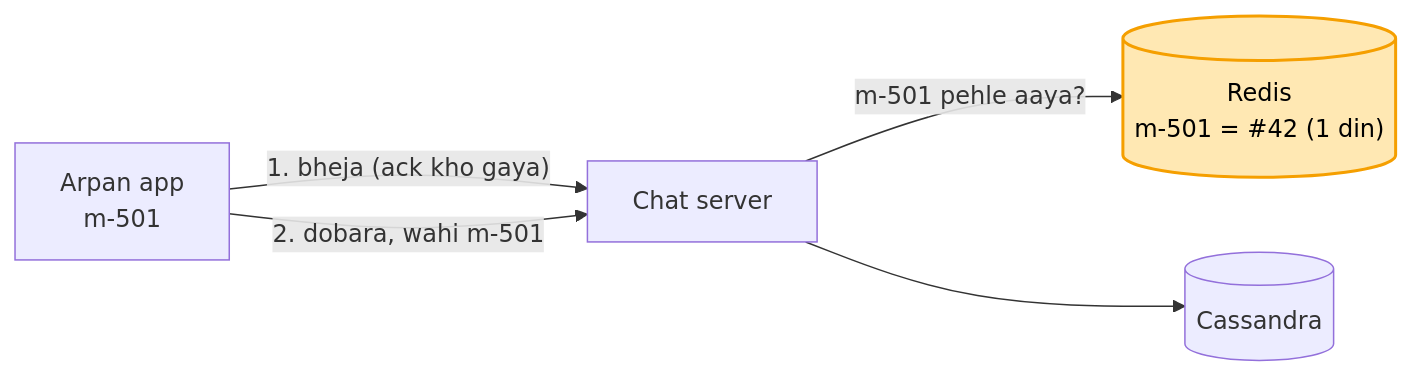
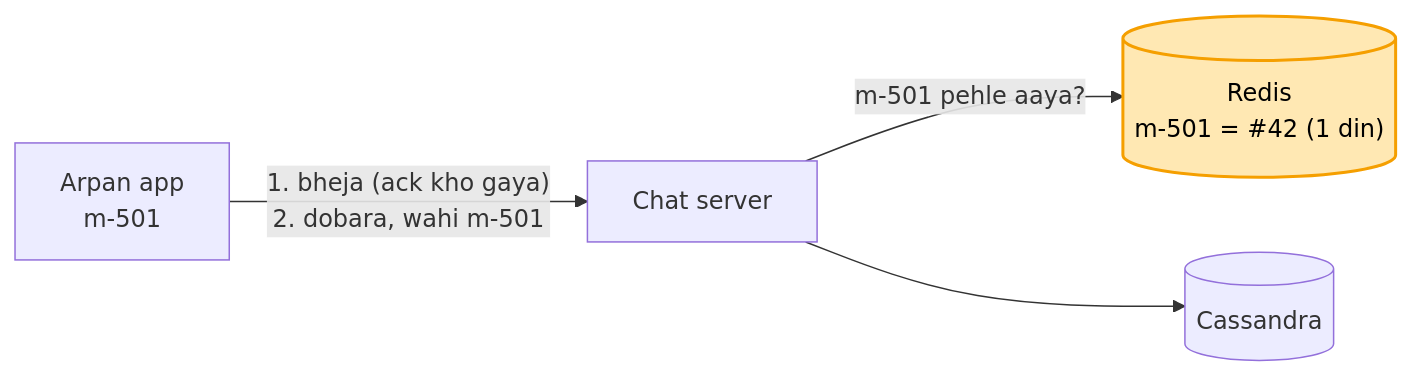
One commit to ArpanMaheshwari144/Prep changed the sixth of 11 diagrams in 04_HLD/SYSTEM_DESIGNS/14_chat_messaging/14_chat_messaging.md. Above: the diagram before and after it, drawn with Mermaid. The commit also changed other lines of this file and 7 other files, not shown here.

Commit message:
HLD diagram: 13 jagah do dabbon ke beech do teer the (label dabbe pe chadhta) -> ek teer, jaata / wapas do line

````diff
--- a/04_HLD/SYSTEM_DESIGNS/14_chat_messaging/14_chat_messaging.md
+++ b/04_HLD/SYSTEM_DESIGNS/14_chat_messaging/14_chat_messaging.md
@@ -273,8 +272,7 @@
 ```mermaid
 flowchart LR
-    A["Arpan app<br/>m-501"] -- "1. bheja (ack kho gaya)" --> S["Chat server"]
-    A -- "2. dobara, wahi m-501" --> S
+    A["Arpan app<br/>m-501"] -- "1. bheja (ack kho gaya)<br/>2. dobara, wahi m-501" --> S["Chat server"]
     S -- "m-501 pehle aaya?" --> R[("Redis<br/>m-501 = #42 (1 din)")]
     S --> D[("Cassandra")]
     style R fill:#ffe8b3,stroke:#f59f00,stroke-width:2px,color:#000
 ```
````
